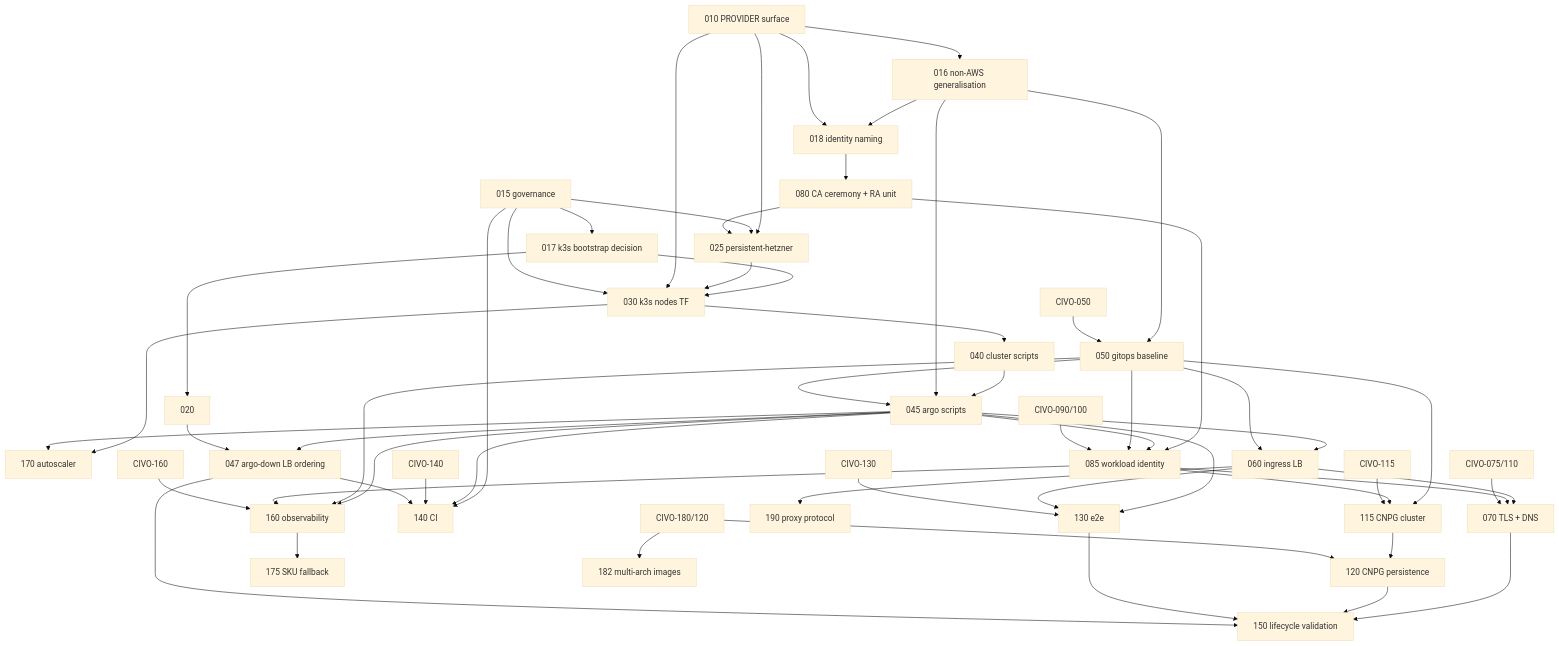
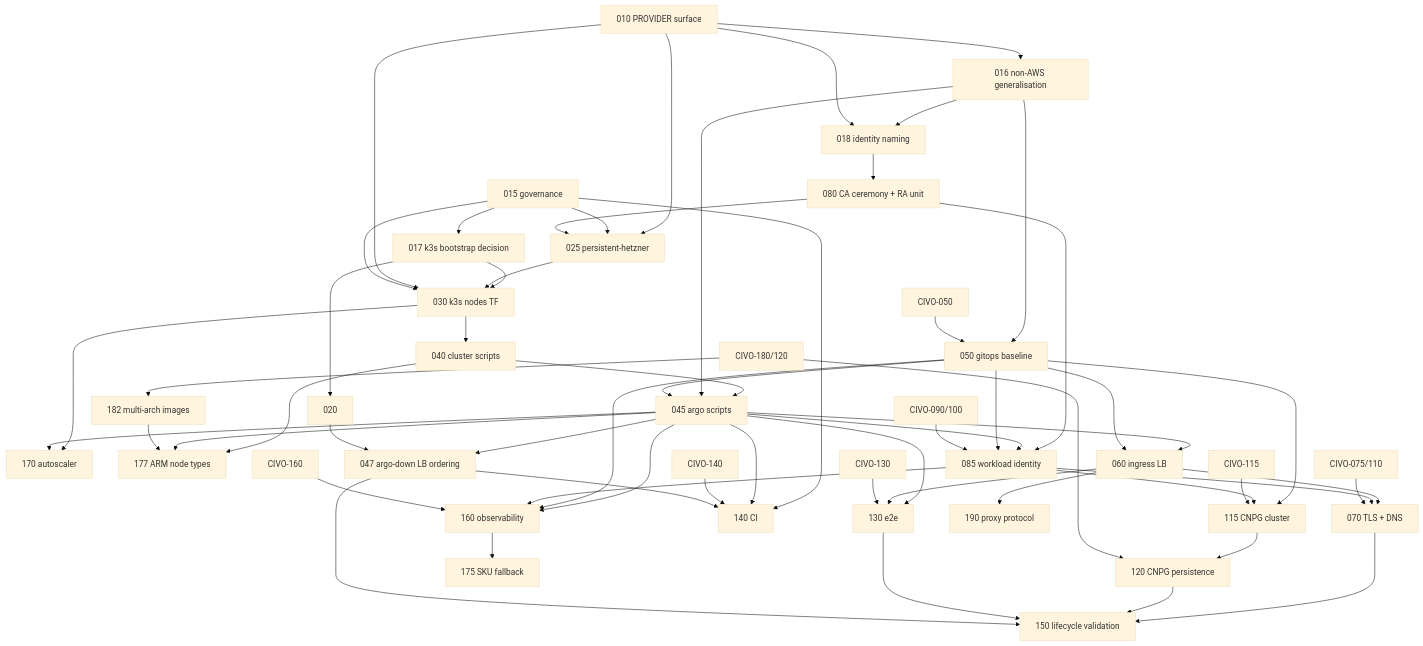
Before and after one commit to savak1990/vk-lab-platform: the diagram in specs/hetzner/roadmap.md, drawn with Mermaid (base theme). The commit also changed other lines of this file and 9 other files, not shown here.

````diff
--- a/specs/hetzner/roadmap.md
+++ b/specs/hetzner/roadmap.md
@@ -13,58 +13,61 @@
 ```mermaid
 flowchart TD
   010[010 PROVIDER surface] --> 016[016 non-AWS generalisation]
   016 --> 018[018 identity naming]
   010 --> 018
   010 --> 025[025 persistent-hetzner]
   015[015 governance] --> 025
   015 --> 017[017 k3s bootstrap decision]
   017 --> 030
   017 --> 020
   015 --> 140[140 CI]
   025 --> 030[030 k3s nodes TF]
   010 --> 030
   015 --> 030
   030 --> 040[040 cluster scripts]
   040 --> 045[045 argo scripts]
   016 --> 045
   050[050 gitops baseline] --> 045
   016 --> 050
   C050[CIVO-050] --> 050
   045 --> 060[060 ingress LB]
   050 --> 060
   045 --> 047[047 argo-down LB ordering]
   020 --> 047
   018 --> 080[080 CA ceremony + RA unit]
   080 --> 025
   080 --> 085[085 workload identity]
   045 --> 085
   050 --> 085
   C090[CIVO-090/100] --> 085
   060 --> 070[070 TLS + DNS]
   085 --> 070
   C075[CIVO-075/110] --> 070
   050 --> 115[115 CNPG cluster]
   085 --> 115
   C115[CIVO-115] --> 115
   115 --> 120[120 CNPG persistence]
   C180[CIVO-180/120] --> 120
   C180 --> 182[182 multi-arch images]
   045 --> 130[130 e2e]
   060 --> 130
   C130[CIVO-130] --> 130
   045 --> 140
   C140[CIVO-140] --> 140
   045 --> 160[160 observability]
   050 --> 160
   085 --> 160
   C160[CIVO-160] --> 160
   070 --> 150[150 lifecycle validation]
   120 --> 150
   130 --> 150
   047 --> 150
   047 --> 140
   030 --> 170[170 autoscaler]
   045 --> 170
   160 --> 175[175 SKU fallback]
+  040 --> 177[177 ARM node types]
+  045 --> 177
+  182 --> 177
   060 --> 190[190 proxy protocol]
 ```
````
